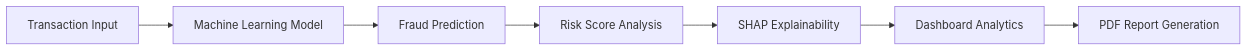
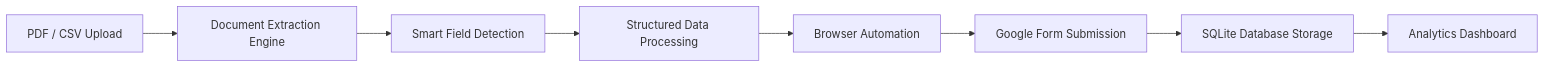
One commit to HarishRavikumar510/Cyber-Fraud-Detection-System changed the diagram in README.md. Above: the diagram before and after it, drawn with Mermaid. The commit also changed other lines of this file, not shown here.

````diff
--- a/README.md
+++ b/README.md
@@ -40,9 +43,10 @@
 ```mermaid
 flowchart LR
-A[Transaction Input] --> B[Machine Learning Model]
-B --> C[Fraud Prediction]
-C --> D[Risk Score Analysis]
-D --> E[SHAP Explainability]
-E --> F[Dashboard Analytics]
-F --> G[PDF Report Generation]
+A[PDF / CSV Upload] --> B[Document Extraction Engine]
+B --> C[Smart Field Detection]
+C --> D[Structured Data Processing]
+D --> E[Browser Automation]
+E --> F[Google Form Submission]
+F --> G[SQLite Database Storage]
+G --> H[Analytics Dashboard]
 ```
````
